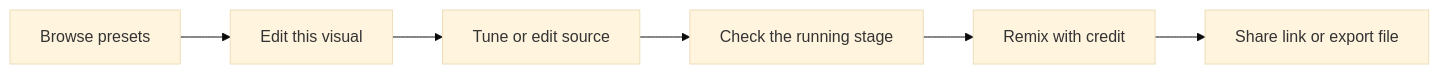
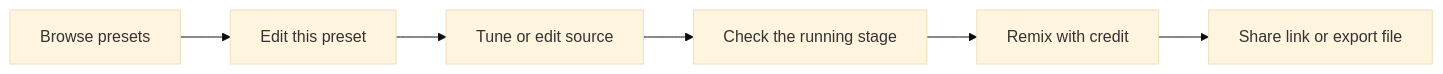
One commit to zz-plant/stims changed the diagram in docs/authoring/00-play.md. Above: the diagram before and after it, drawn with Mermaid (base theme). The commit also changed other lines of this file and 64 other files, not shown here.

````diff
--- a/docs/authoring/00-play.md
+++ b/docs/authoring/00-play.md
@@ -5,8 +5,8 @@
 ```mermaid
 flowchart LR
-    A[Browse presets] --> B[Edit this visual]
+    A[Browse presets] --> B[Edit this preset]
     B --> C[Tune or edit source]
     C --> D[Check the running stage]
     D --> E[Remix with credit]
     E --> F[Share link or export file]
 ```
````
